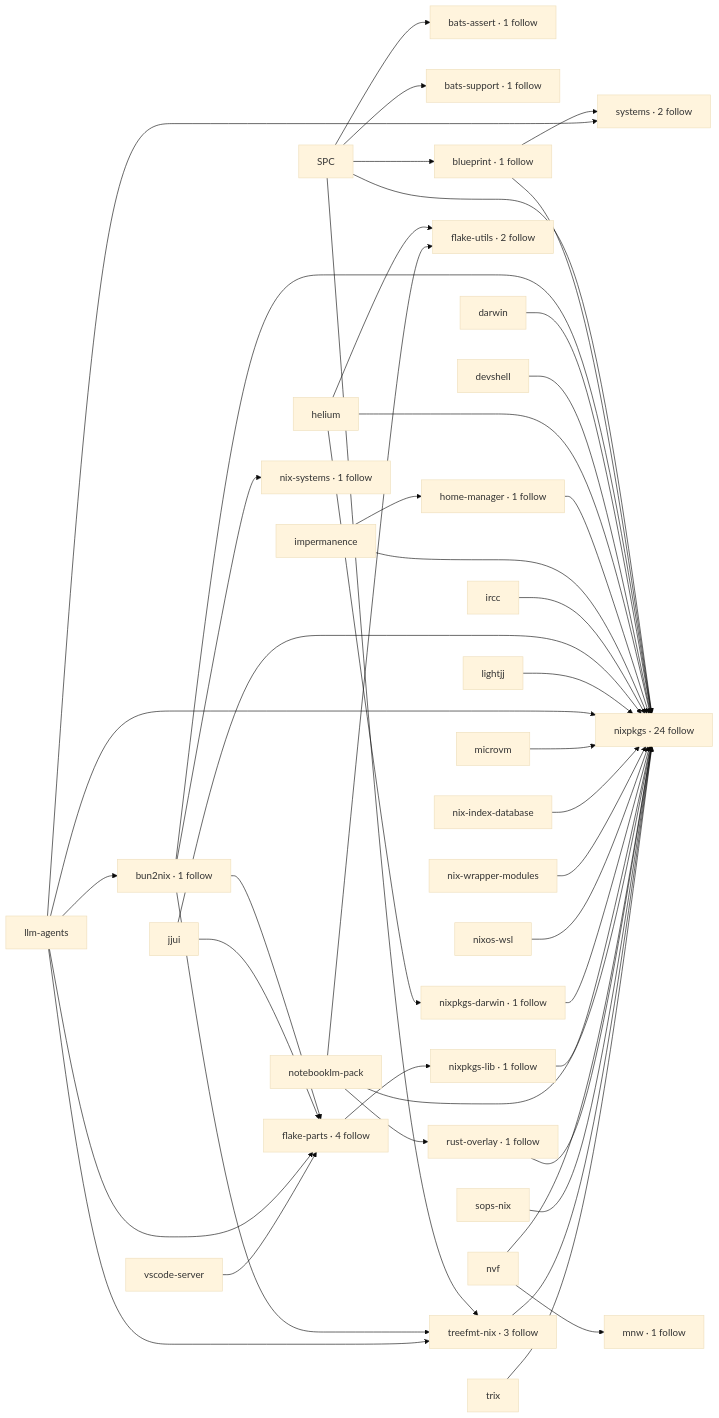
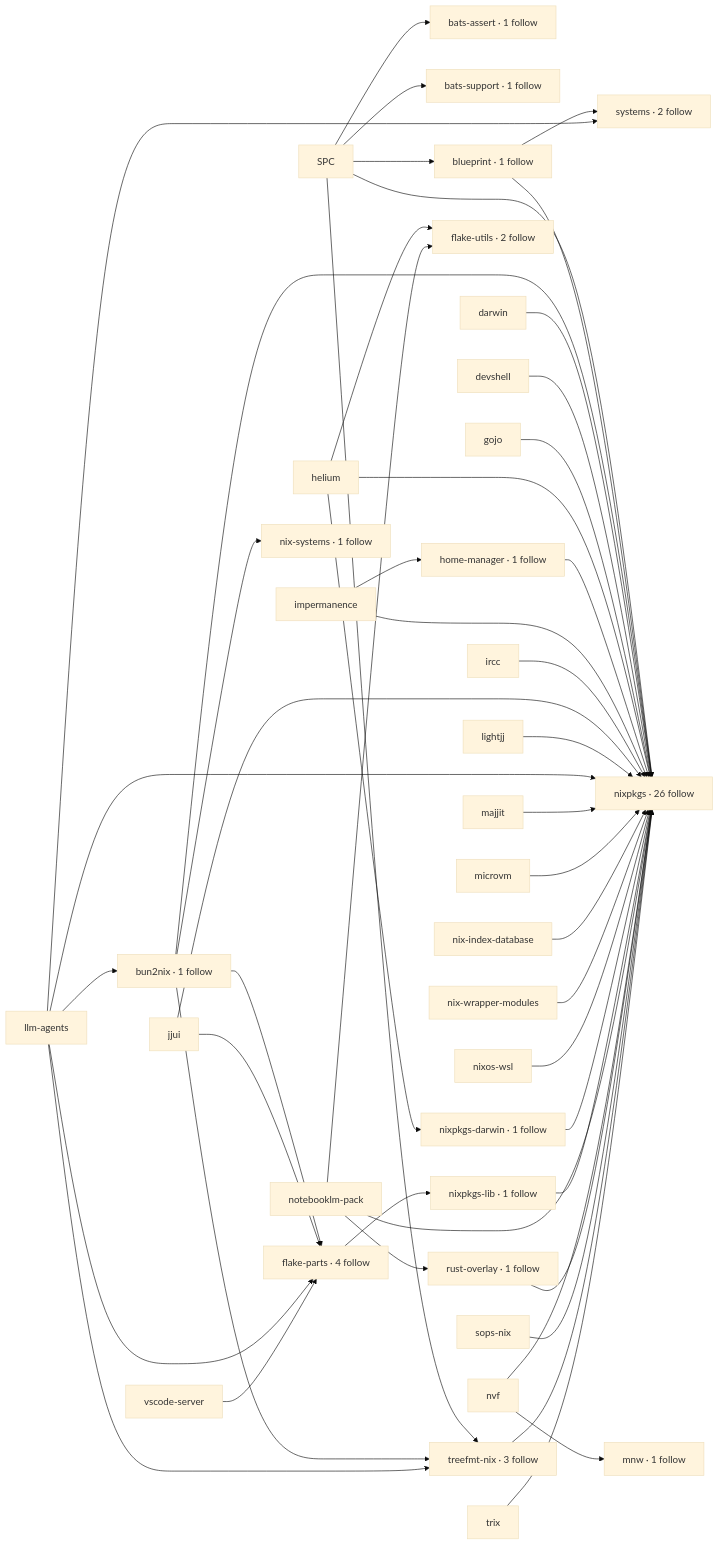
The ninth of 11 diagrams in README.md (vic/vix), drawn with Mermaid (base theme) before and after one commit. The commit also changed other lines of this file and 21 other files, not shown here.

Commit message:
vix uses yen batteries: mermaid (gates, scopes, sinks, flowchart, kinds), docs.table, github.yaml, cachix, files.writer/comment, nixos.hostname, darwin.system, exports.modules, home-manager.into-host; README + ci.yml regenerated

```diff
--- a/README.md
+++ b/README.md
@@ -735,6 +808,7 @@
   n1161ece077["devshell"]
   n01ef5fa359["flake-parts · 4 follow"]
   nc84fd7ddd5["flake-utils · 2 follow"]
+  nd15d13c0a8["gojo"]
   n620b6c2a6c["helium"]
   n806b9d82d0["home-manager · 1 follow"]
   n22d6f8566c["impermanence"]
@@ -742,13 +816,14 @@
   n82a85e43a7["jjui"]
   nd9cb64d9f8["lightjj"]
   n56d13e8ca9["llm-agents"]
+  n53dd74a4f5["majjit"]
   nb9d5327945["microvm"]
   ned26e59807["mnw · 1 follow"]
   nc629217bae["nix-index-database"]
   n8e95a6029c["nix-systems · 1 follow"]
   nd698d91bfb["nix-wrapper-modules"]
   n6085c65368["nixos-wsl"]
-  n413353722a["nixpkgs · 24 follow"]
+  n413353722a["nixpkgs · 26 follow"]
   n03e01a895f["nixpkgs-darwin · 1 follow"]
   n0c993f1146["nixpkgs-lib · 1 follow"]
   n5a5cfc2d7e["notebooklm-pack"]
@@ -773,6 +848,7 @@
   n1fc9ef0e47 --> n413353722a
   n1161ece077 --> n413353722a
   n01ef5fa359 --> n0c993f1146
+  nd15d13c0a8 --> n413353722a
   n620b6c2a6c --> n413353722a
   n620b6c2a6c --> n03e01a895f
   n620b6c2a6c --> nc84fd7ddd5
@@ -788,6 +864,7 @@
   n56d13e8ca9 --> n413353722a
   n56d13e8ca9 --> n834ba7a430
   n56d13e8ca9 --> n8b19eb8204
+  n53dd74a4f5 --> n413353722a
   nb9d5327945 --> n413353722a
   nc629217bae --> n413353722a
   nd698d91bfb --> n413353722a
```
